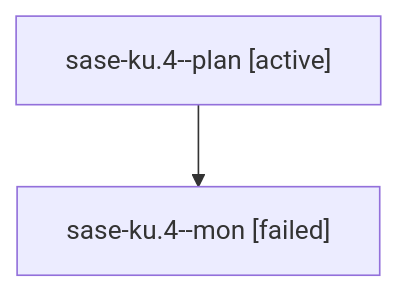
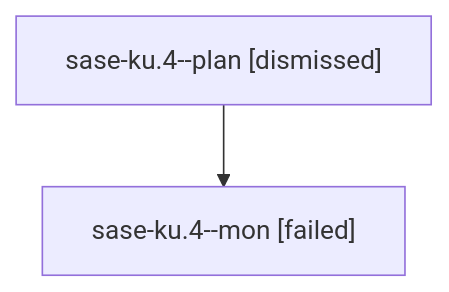
Before and after one commit to sase-org/sase--agents: the diagram in sessions/bbugyi200.athena.sase-ku.4.md, drawn with Mermaid. The commit also changed other lines of this file and 142 other files, not shown here.

````diff
--- a/sessions/bbugyi200.athena.sase-ku.4.md
+++ b/sessions/bbugyi200.athena.sase-ku.4.md
@@ -9,6 +9,6 @@
 ```mermaid
 flowchart TD
-  n0["sase-ku.4--plan [active]"]
+  n0["sase-ku.4--plan [dismissed]"]
   n1["sase-ku.4--mon [failed]"]
   n0 --> n1
 ```
````
